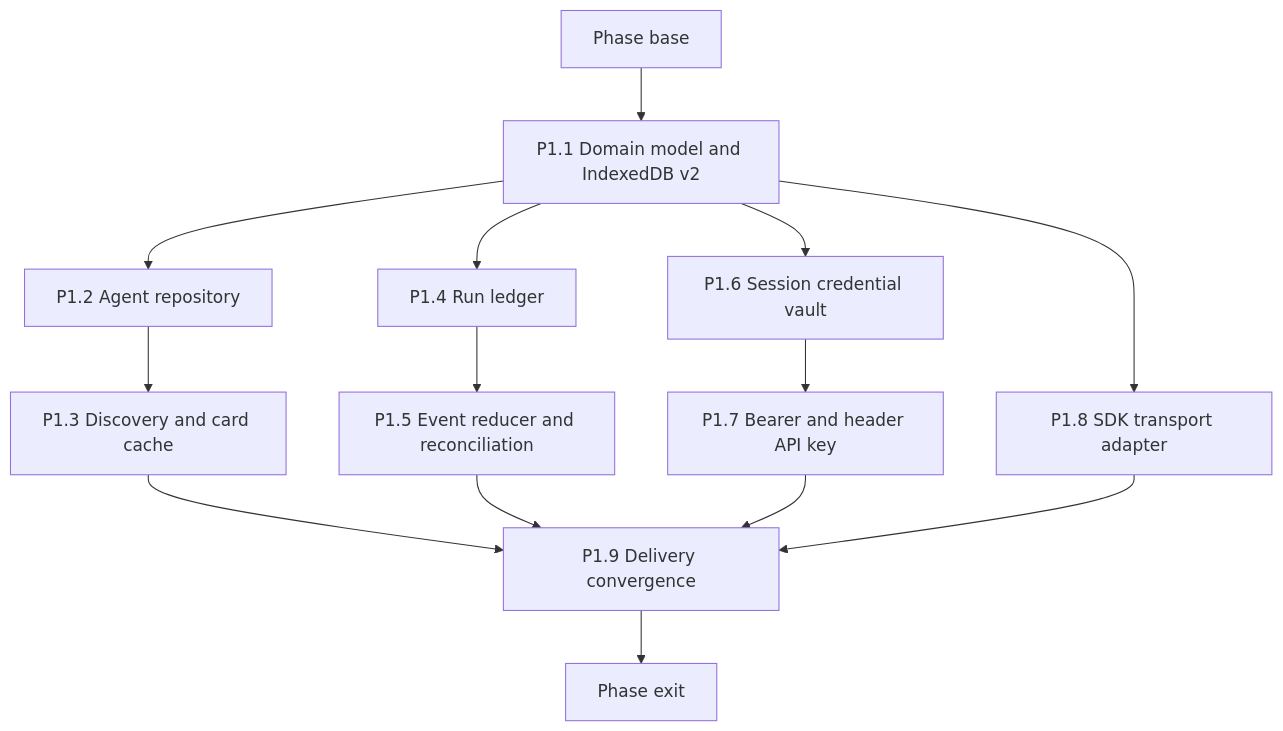
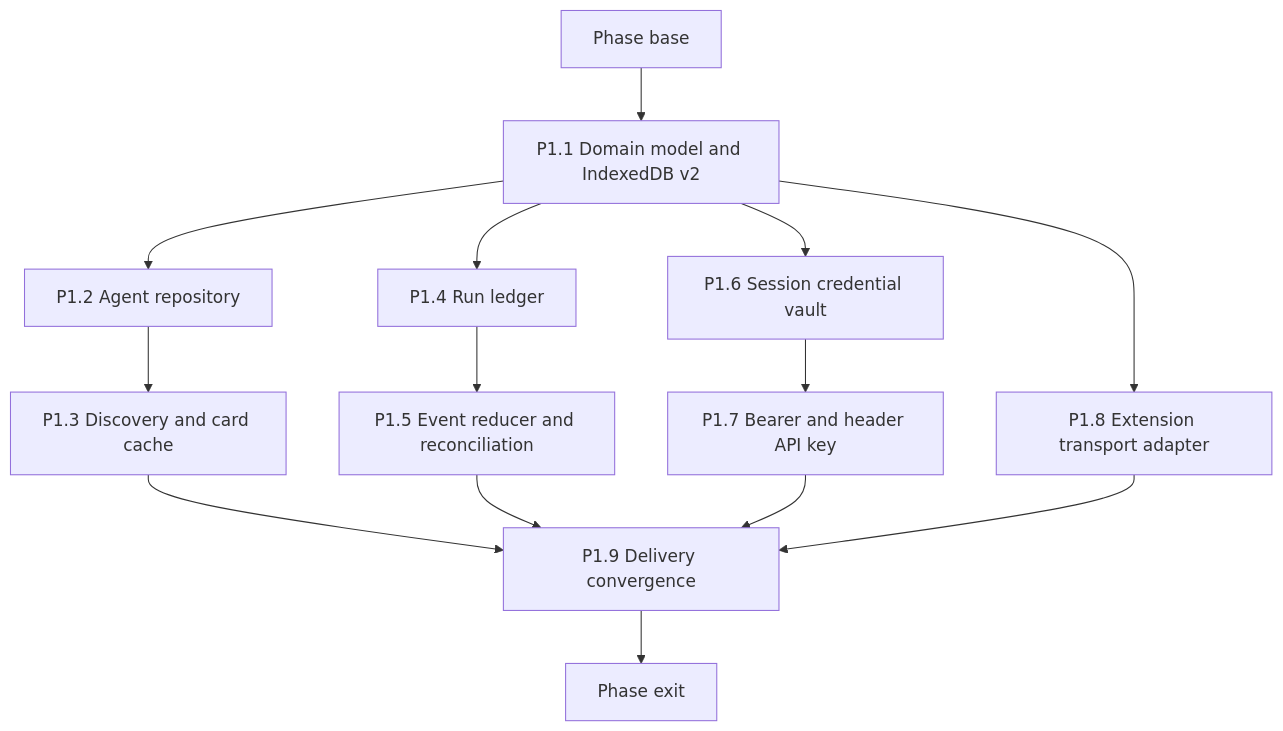
Before and after one commit to whizzzkid/point-and-shoot: the diagram in docs/plans/A2A-client/phase-1-build-foundations.md, drawn with Mermaid. The commit also changed other lines of this file and 6 other files, not shown here.

````diff
--- a/docs/plans/A2A-client/phase-1-build-foundations.md
+++ b/docs/plans/A2A-client/phase-1-build-foundations.md
@@ -44,13 +45,13 @@
 ```mermaid
 flowchart TD
   Base["Phase base"] --> P11["P1.1 Domain model and IndexedDB v2"]
   P11 --> P12["P1.2 Agent repository"] --> P13["P1.3 Discovery and card cache"]
   P11 --> P14["P1.4 Run ledger"] --> P15["P1.5 Event reducer and reconciliation"]
   P11 --> P16["P1.6 Session credential vault"] --> P17["P1.7 Bearer and header API key"]
-  P11 --> P18["P1.8 SDK transport adapter"]
+  P11 --> P18["P1.8 Extension transport adapter"]
   P13 --> P19["P1.9 Delivery convergence"]
   P15 --> P19
   P17 --> P19
   P18 --> P19
   P19 --> Exit["Phase exit"]
 ```
````
